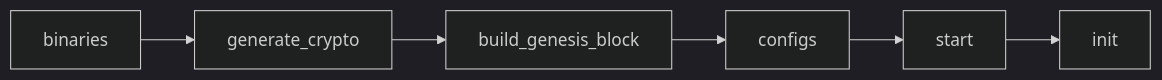
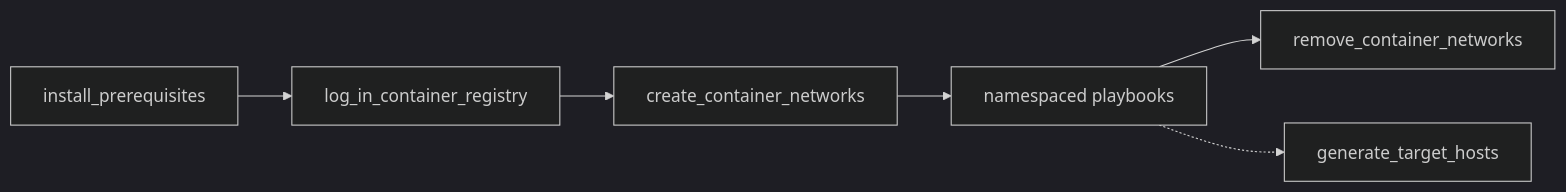
Before and after one commit to LF-Decentralized-Trust-labs/fabric-x-ansible-collection: the diagram in playbooks/README.md, drawn with Mermaid (dark theme). The commit also changed other lines of this file and 10 other files, not shown here.

````diff
--- a/playbooks/README.md
+++ b/playbooks/README.md
@@ -28,8 +20,8 @@
 ```mermaid
 flowchart LR
-  B[binaries] --> GC[generate_crypto]
-  GC --> GB[build_genesis_block]
-  GB --> C[configs]
-  C --> S[start]
-  S --> I[init]
+  PRE[install_prerequisites] --> REG[log_in_container_registry]
+  REG --> NET[create_container_networks]
+  NET --> NS[namespaced playbooks]
+  NS --> RM[remove_container_networks]
+  NS -.-> TARGETS[generate_target_hosts]
 ```
````
